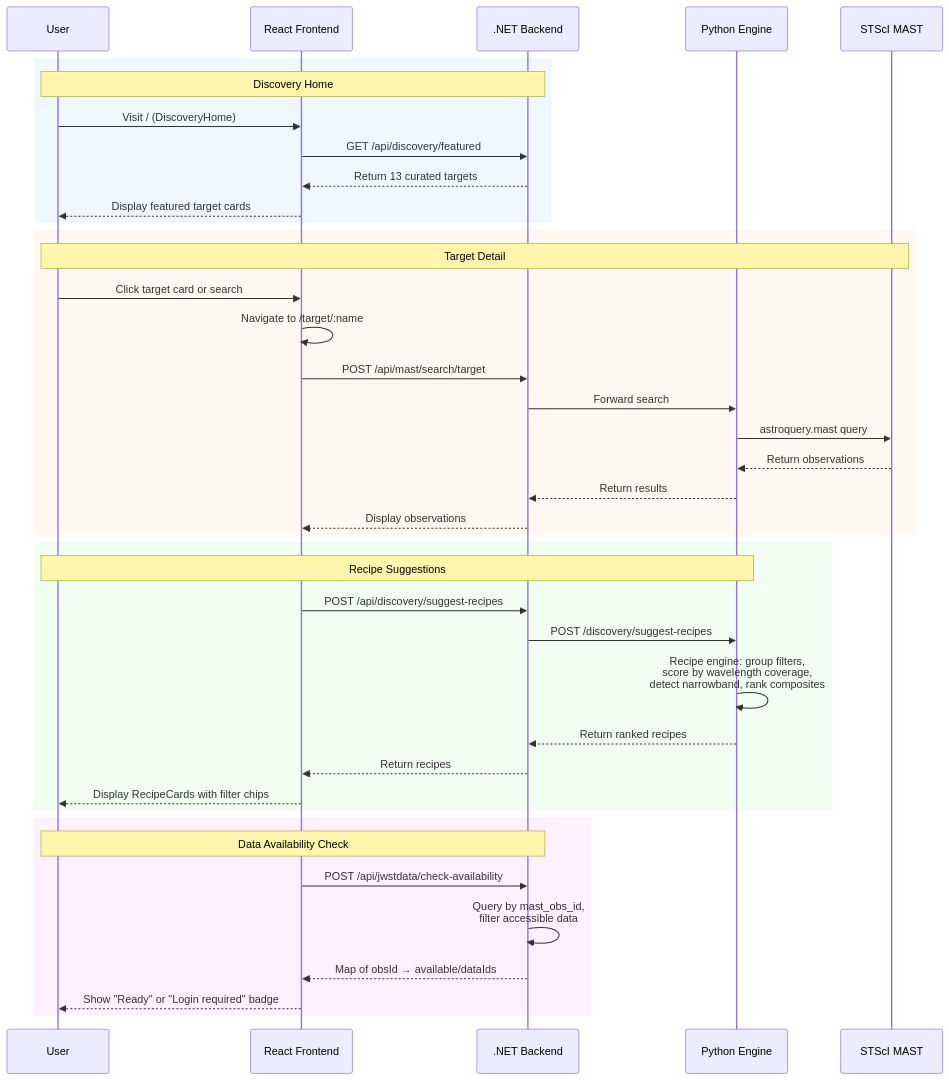
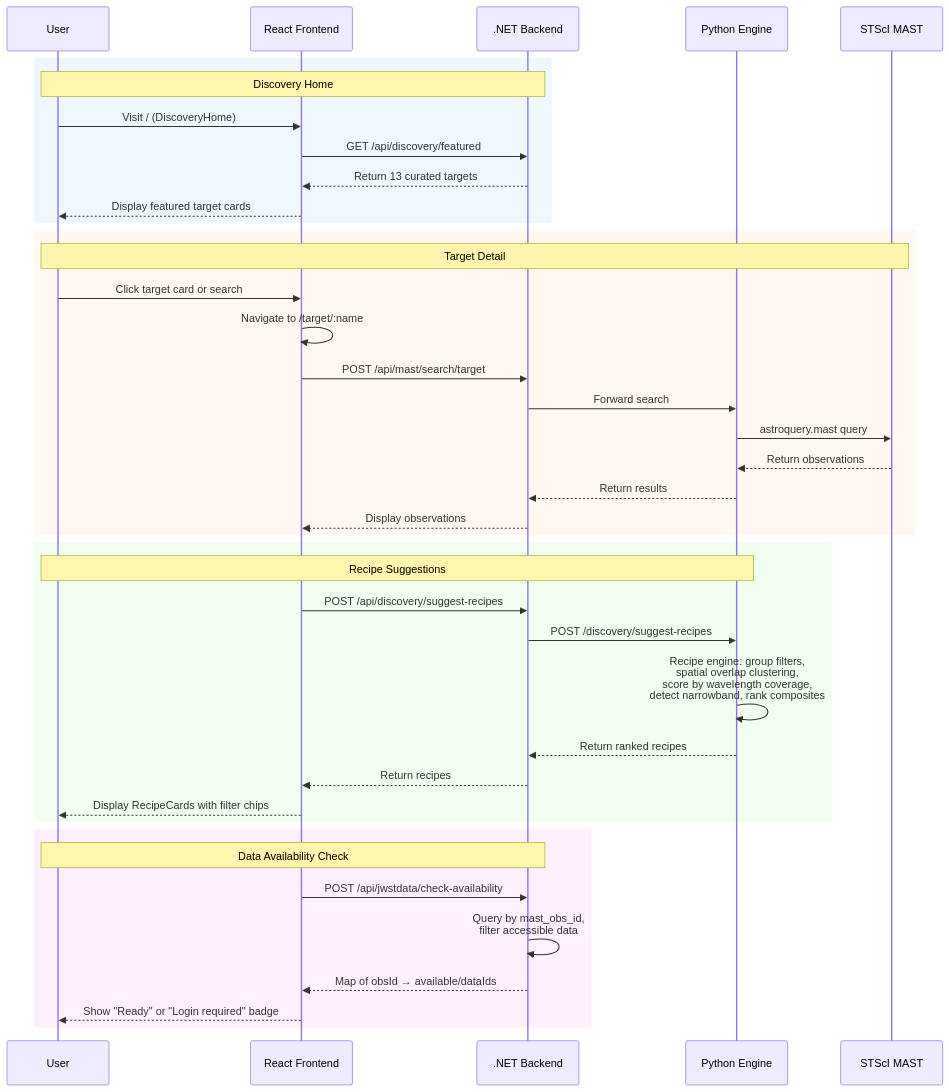
Before and after one commit to Snoww3d/jwst-data-analysis: the diagram in docs/architecture/discovery-recipe-flow.md, drawn with Mermaid. The commit also changed other lines of this file and 12 other files, not shown here.

First line of the commit message:
feat: add spatial overlap awareness to recipe engine (#763)

````diff
--- a/docs/architecture/discovery-recipe-flow.md
+++ b/docs/architecture/discovery-recipe-flow.md
@@ -5,46 +5,46 @@
 ```mermaid
 sequenceDiagram
     participant User
     participant Frontend as React Frontend
     participant Backend as .NET Backend
     participant Processing as Python Engine
     participant MAST as STScI MAST
 
     rect rgb(240, 248, 255)
         Note over User,Backend: Discovery Home
         User->>Frontend: Visit / (DiscoveryHome)
         Frontend->>Backend: GET /api/discovery/featured
         Backend-->>Frontend: Return 13 curated targets
         Frontend-->>User: Display featured target cards
     end
 
     rect rgb(255, 248, 240)
         Note over User,MAST: Target Detail
         User->>Frontend: Click target card or search
         Frontend->>Frontend: Navigate to /target/:name
         Frontend->>Backend: POST /api/mast/search/target
         Backend->>Processing: Forward search
         Processing->>MAST: astroquery.mast query
         MAST-->>Processing: Return observations
         Processing-->>Backend: Return results
         Backend-->>Frontend: Display observations
     end
 
     rect rgb(240, 255, 240)
         Note over User,Processing: Recipe Suggestions
         Frontend->>Backend: POST /api/discovery/suggest-recipes
         Backend->>Processing: POST /discovery/suggest-recipes
-        Processing->>Processing: Recipe engine: group filters,<br/>score by wavelength coverage,<br/>detect narrowband, rank composites
+        Processing->>Processing: Recipe engine: group filters,<br/>spatial overlap clustering,<br/>score by wavelength coverage,<br/>detect narrowband, rank composites
         Processing-->>Backend: Return ranked recipes
         Backend-->>Frontend: Return recipes
         Frontend-->>User: Display RecipeCards with filter chips
     end
 
     rect rgb(255, 240, 255)
         Note over User,Backend: Data Availability Check
         Frontend->>Backend: POST /api/jwstdata/check-availability
         Backend->>Backend: Query by mast_obs_id,<br/>filter accessible data
         Backend-->>Frontend: Map of obsId → available/dataIds
         Frontend-->>User: Show "Ready" or "Login required" badge
     end
 ```
````
